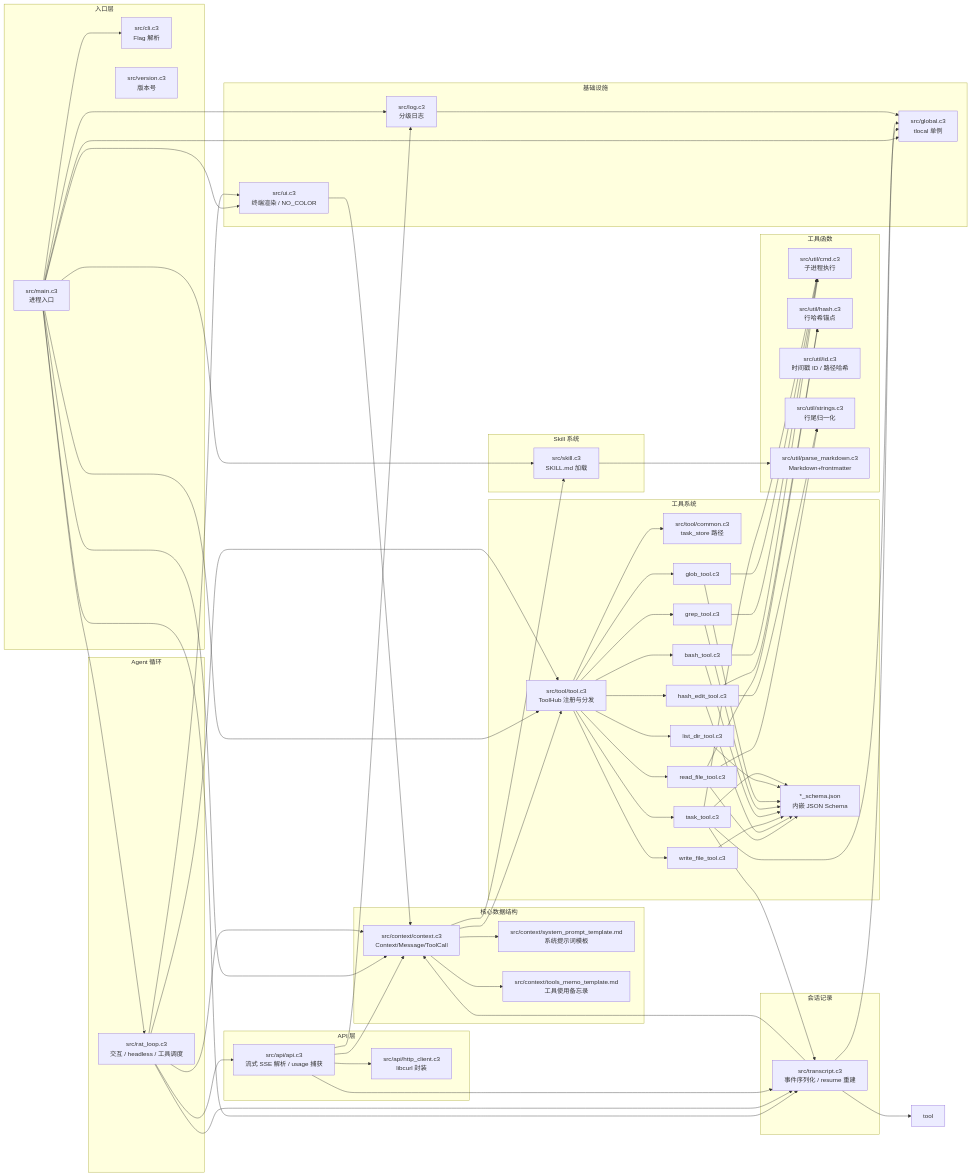
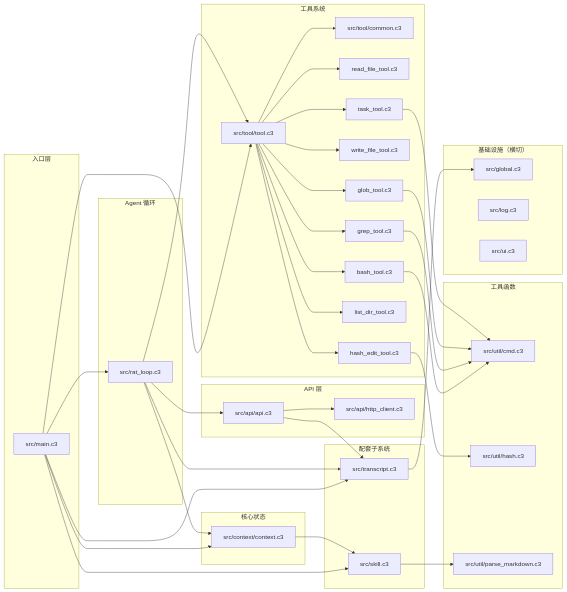
Before and after one commit to yuekcc/mini-pi: the first of 6 diagrams in docs/arch.md, drawn with Mermaid. The commit also changed other lines of this file, not shown here.

````diff
--- a/docs/arch.md
+++ b/docs/arch.md
@@ -17,29 +17,25 @@
 ```mermaid
 flowchart LR
     subgraph Entry["入口层"]
-        main["src/main.c3<br/>进程入口"]
-        cli["src/cli.c3<br/>Flag 解析"]
-        version["src/version.c3<br/>版本号"]
+        main["src/main.c3"]
     end
 
     subgraph Loop["Agent 循环"]
-        rat["src/rat_loop.c3<br/>交互 / headless / 工具调度"]
+        rat["src/rat_loop.c3"]
     end
 
-    subgraph Core["核心数据结构"]
-        context["src/context/context.c3<br/>Context/Message/ToolCall"]
-        sys_tpl["src/context/system_prompt_template.md<br/>系统提示词模板"]
-        tools_memo["src/context/tools_memo_template.md<br/>工具使用备忘录"]
+    subgraph Core["核心状态"]
+        ctx["src/context/context.c3"]
     end
 
     subgraph API["API 层"]
-        api["src/api/api.c3<br/>流式 SSE 解析 / usage 捕获"]
-        http["src/api/http_client.c3<br/>libcurl 封装"]
+        api["src/api/api.c3"]
+        http["src/api/http_client.c3"]
     end
 
     subgraph Tools["工具系统"]
-        hub["src/tool/tool.c3<br/>ToolHub 注册与分发"]
-        common["src/tool/common.c3<br/>task_store 路径"]
+        hub["src/tool/tool.c3"]
+        common["src/tool/common.c3"]
         t_read["read_file_tool.c3"]
         t_hash["hash_edit_tool.c3"]
         t_write["write_file_tool.c3"]
@@ -48,71 +44,37 @@
         t_glob["glob_tool.c3"]
         t_ls["list_dir_tool.c3"]
         t_task["task_tool.c3"]
-        schemas["*_schema.json<br/>内嵌 JSON Schema"]
     end
 
-    subgraph SkillSys["Skill 系统"]
-        skill["src/skill.c3<br/>SKILL.md 加载"]
-    end
-
-    subgraph Transcript["会话记录"]
-        trans["src/transcript.c3<br/>事件序列化 / resume 重建"]
+    subgraph Aux["配套子系统"]
+        skill["src/skill.c3"]
+        trans["src/transcript.c3"]
     end
 
     subgraph Util["工具函数"]
-        u_cmd["src/util/cmd.c3<br/>子进程执行"]
-        u_hash["src/util/hash.c3<br/>行哈希锚点"]
-        u_id["src/util/id.c3<br/>时间戳 ID / 路径哈希"]
-        u_str["src/util/strings.c3<br/>行尾归一化"]
-        u_md["src/util/parse_markdown.c3<br/>Markdown+frontmatter"]
+        u_cmd["src/util/cmd.c3"]
+        u_hash["src/util/hash.c3"]
+        u_md["src/util/parse_markdown.c3"]
     end
 
-    subgraph Infra["基础设施"]
-        g["src/global.c3<br/>tlocal 单例"]
-        log["src/log.c3<br/>分级日志"]
-        ui["src/ui.c3<br/>终端渲染 / NO_COLOR"]
+    subgraph Infra["基础设施（横切）"]
+        g["src/global.c3"]
+        log["src/log.c3"]
+        ui["src/ui.c3"]
     end
 
-    main --> cli
-    main --> g
-    main --> log
-    main --> ui
-    main --> skill
-    main --> hub
-    main --> context
-    main --> trans
-    main --> rat
-
-    rat --> context
+    main --> rat & ctx & hub & skill & trans
+    rat --> ctx
     rat --> api
     rat --> hub
     rat --> trans
-    rat --> ui
-
-    api --> context
     api --> http
     api --> trans
-    api --> log
-
-    context --> sys_tpl
-    context --> tools_memo
-    context --> skill
-    context --> hub
-
+    ctx --> skill
     hub --> common
     hub --> t_read & t_hash & t_write & t_bash & t_grep & t_glob & t_ls & t_task
-    t_read & t_hash & t_write & t_bash & t_grep & t_glob & t_ls & t_task --> schemas
-
-    t_read & t_hash --> u_hash
-    t_read & t_hash --> u_str
+    t_hash --> u_hash
     t_bash & t_grep & t_glob & t_task --> u_cmd
-    t_task --> g
-    t_task --> trans
-
     skill --> u_md
     trans --> g
-    trans --> context
-    trans --> tool
-    log --> g
-    ui --> context
 ```
````
